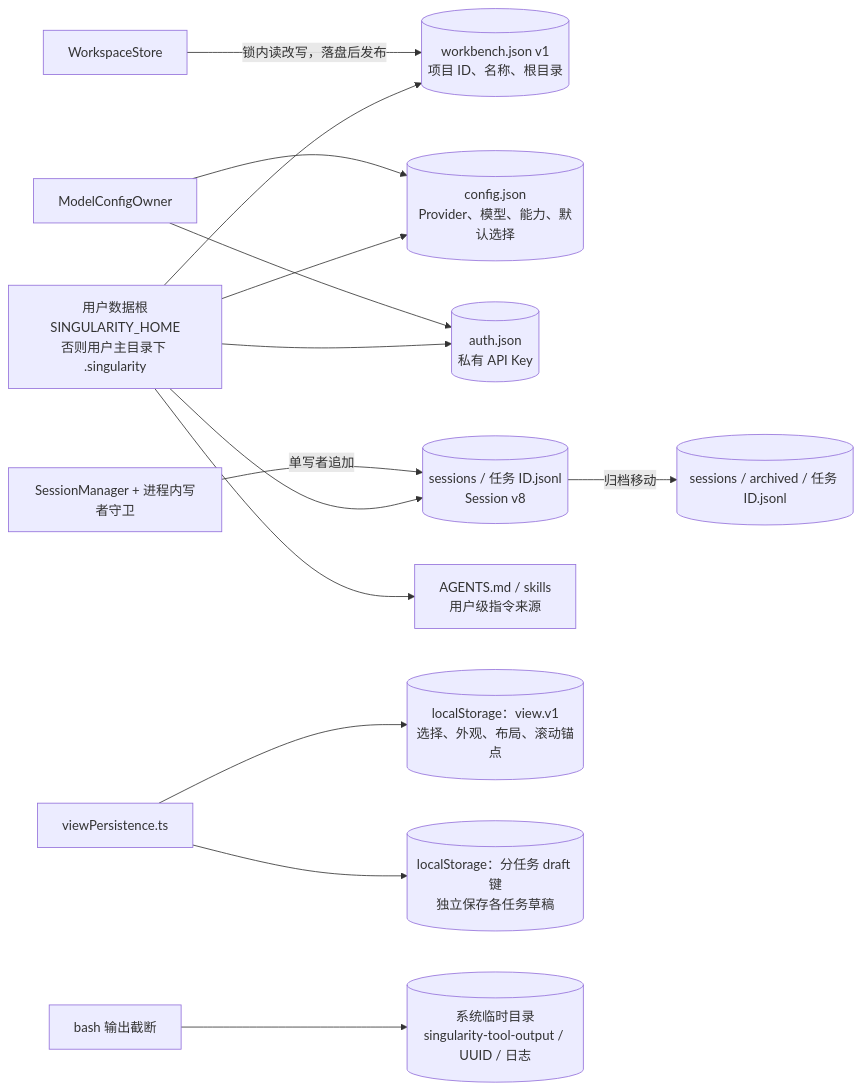
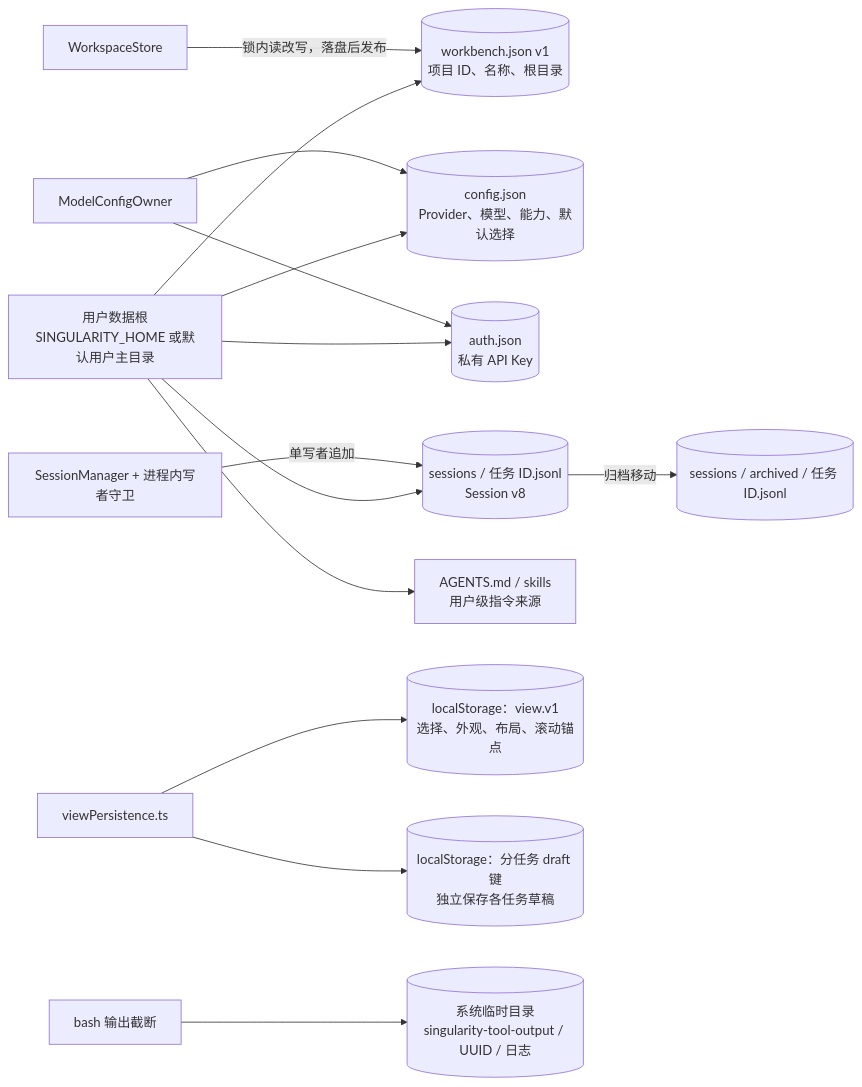
One commit to qjcnmd/singularity-agent changed the sixth of 29 diagrams in docs/singularity.md. Above: the diagram before and after it, drawn with Mermaid. The commit also changed other lines of this file and 3 other files, not shown here.

````diff
--- a/docs/singularity.md
+++ b/docs/singularity.md
@@ -155,16 +155,16 @@
 ```mermaid
 flowchart LR
-    Home["用户数据根<br/>SINGULARITY_HOME<br/>否则用户主目录下 .singularity"] --> WorkbenchFile[("workbench.json v1<br/>项目 ID、名称、根目录")]
+    Home["用户数据根<br/>SINGULARITY_HOME 或默认用户主目录"] --> WorkbenchFile[("workbench.json v1<br/>项目 ID、名称、根目录")]
     Home --> Config[("config.json<br/>Provider、模型、能力、默认选择")]
     Home --> Auth[("auth.json<br/>私有 API Key")]
     Home --> Ledger[("sessions / 任务 ID.jsonl<br/>Session v8")]
     Ledger -->|"归档移动"| Archive[("sessions / archived / 任务 ID.jsonl")]
     Home --> Instructions["AGENTS.md / skills<br/>用户级指令来源"]
     WorkspaceStore["WorkspaceStore"] -->|"锁内读改写，落盘后发布"| WorkbenchFile
     ModelOwner["ModelConfigOwner"] --> Config
     ModelOwner --> Auth
     Manager["SessionManager + 进程内写者守卫"] -->|"单写者追加"| Ledger
     Browser["viewPersistence.ts"] --> View[("localStorage：view.v1<br/>选择、外观、布局、滚动锚点")]
     Browser --> Draft[("localStorage：分任务 draft 键<br/>独立保存各任务草稿")]
     Bash["bash 输出截断"] --> Temp[("系统临时目录<br/>singularity-tool-output / UUID / 日志")]
 ```
````
